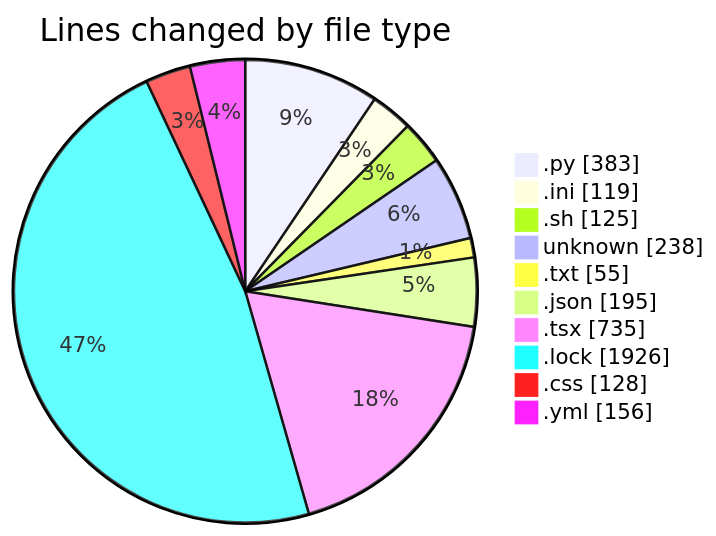
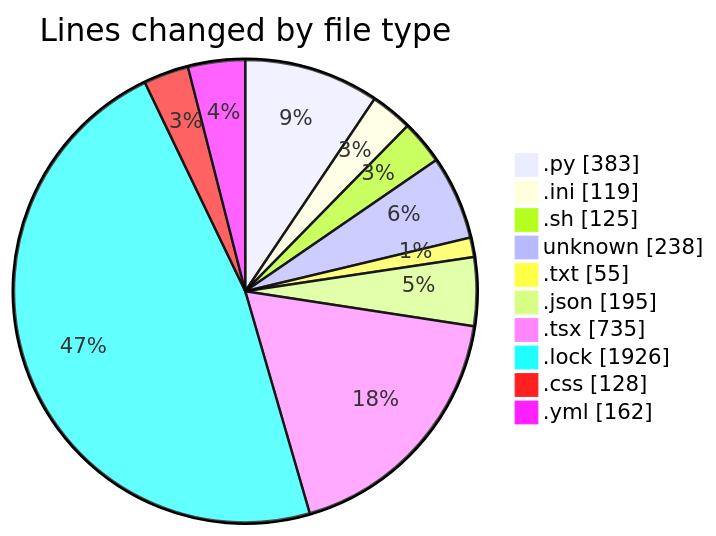
The first of 2 diagrams in 2025-05-12/niten/README.md (Elitesun/code-tracking), drawn with Mermaid before and after one commit. The commit also changed other lines of this file and 1 other file, not shown here.

````diff
--- a/2025-05-12/niten/README.md
+++ b/2025-05-12/niten/README.md
@@ -37,14 +37,14 @@
 ```mermaid
 pie showData
 title Lines changed by file type
 ".py" : 383
 ".ini" : 119
 ".sh" : 125
 "unknown" : 238
 ".txt" : 55
 ".json" : 195
 ".tsx" : 735
 ".lock" : 1926
 ".css" : 128
-".yml" : 156
+".yml" : 162
 ```
````
